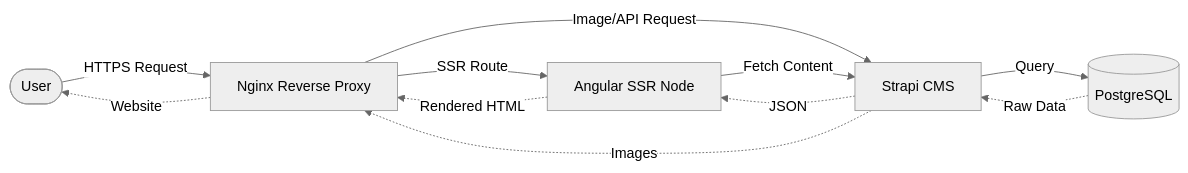
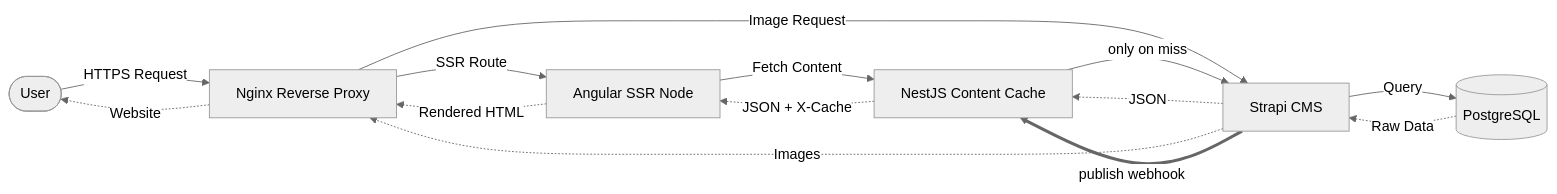
One commit to LittlePumpkin87/pumpkindesign changed the diagram in README.md. Above: the diagram before and after it, drawn with Mermaid (neutral theme). The commit also changed other lines of this file and 5 other files, not shown here.

````diff
--- a/README.md
+++ b/README.md
@@ -28,16 +32,21 @@
 ```mermaid
 graph LR
     %% Hinwege (Requests)
     User([User]) -->|HTTPS Request| Proxy[Nginx Reverse Proxy]
     Proxy -->|SSR Route| Frontend[Angular SSR Node]
-    Proxy -->|Image/API Request| Backend[Strapi CMS]
-    Frontend -->|Fetch Content| Backend
+    Proxy -->|Image Request| Backend[Strapi CMS]
+    Frontend -->|Fetch Content| Cache[NestJS Content Cache]
+    Cache -->|only on miss| Backend
     Backend -->|Query| DB[(PostgreSQL)]
 
     %% Rückwege (Responses) - gestrichelt
     DB -.->|Raw Data| Backend
-    Backend -.->|JSON| Frontend
+    Backend -.->|JSON| Cache
+    Cache -.->|JSON + X-Cache| Frontend
     Backend -.->|Images| Proxy
     Frontend -.->|Rendered HTML| Proxy
     Proxy -.->|Website| User
+
+    %% Push-Invalidierung
+    Backend ==>|publish webhook| Cache
 ```
````
